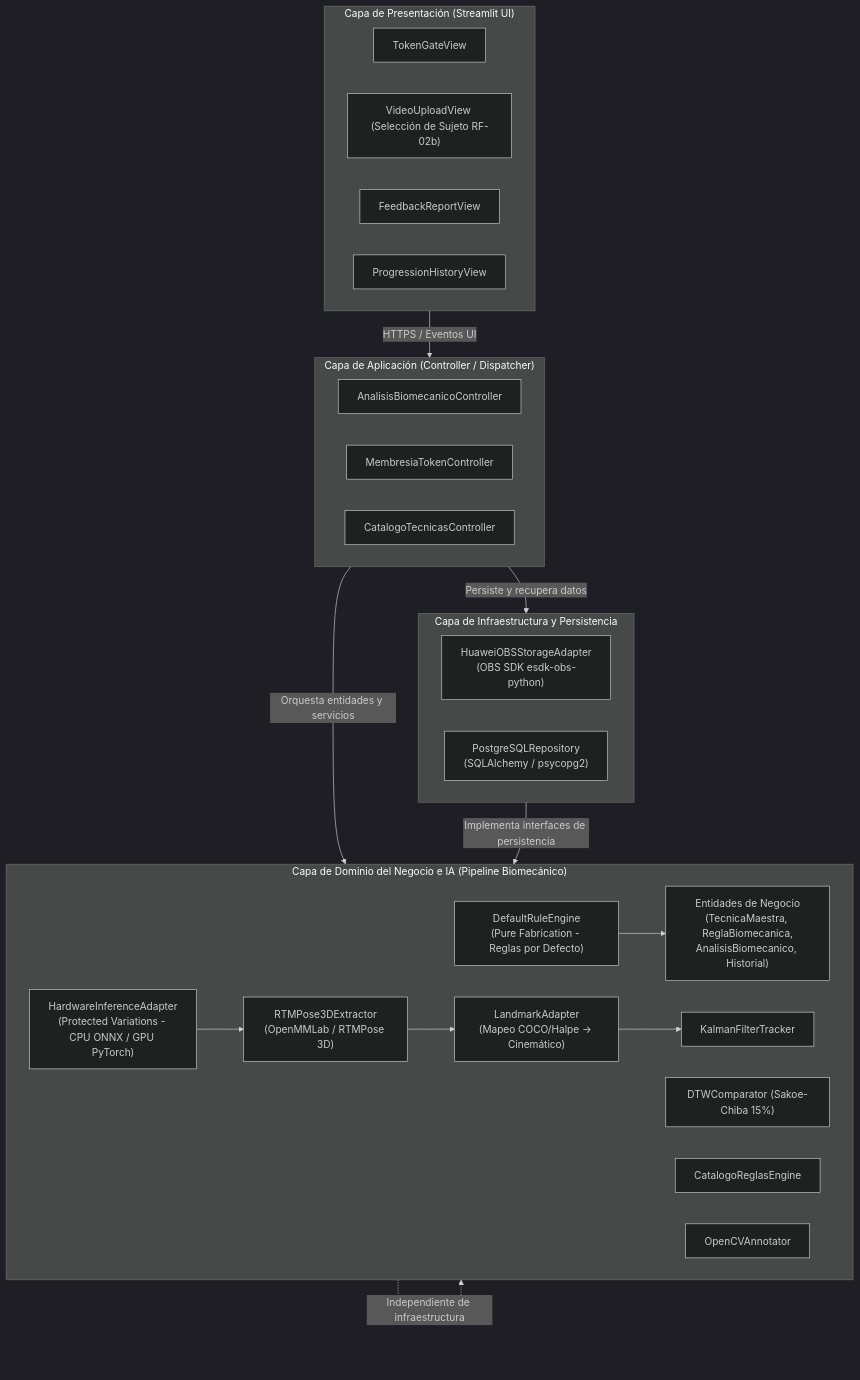
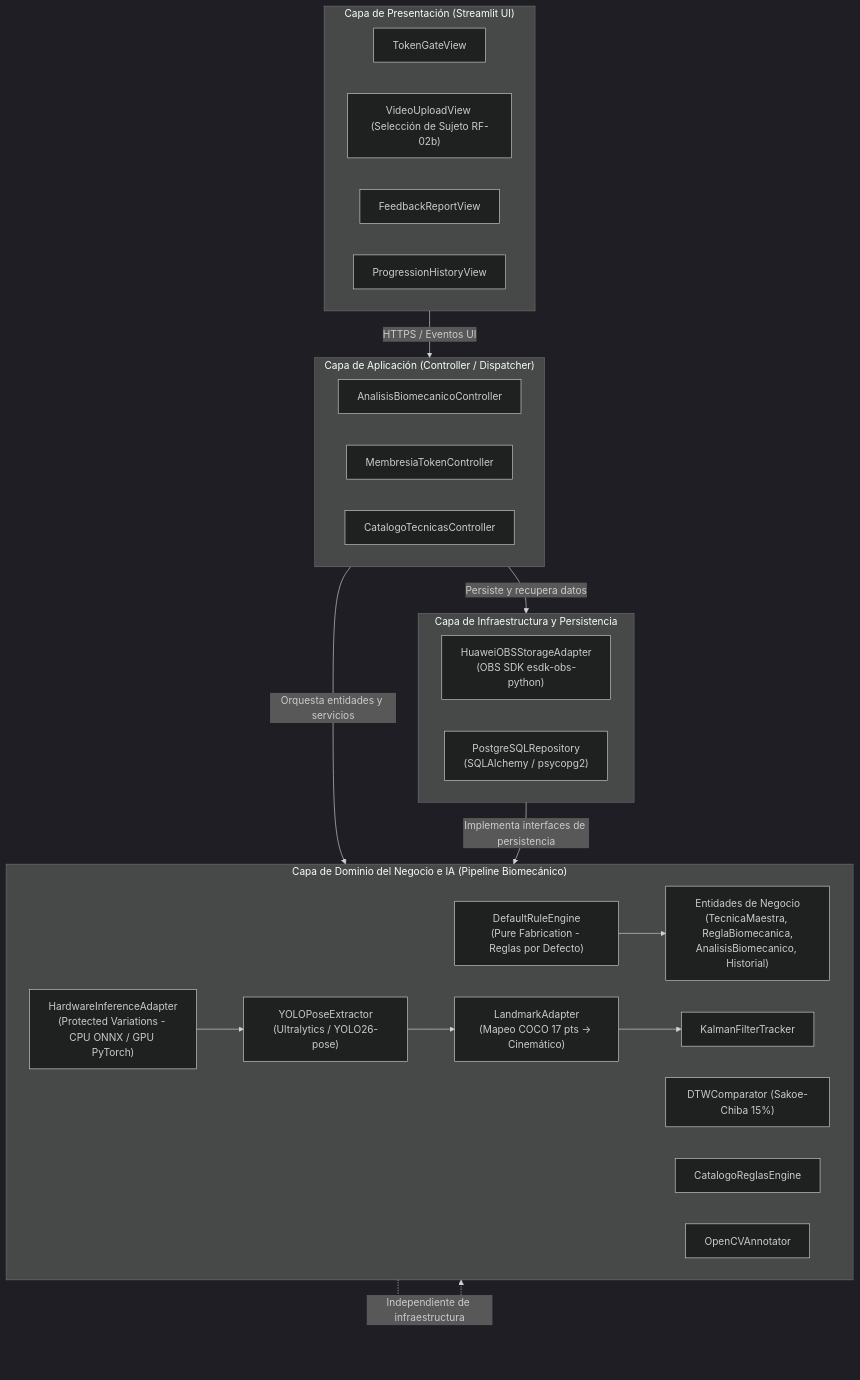
The fourth of 10 diagrams in README.md (Tsmrain/JiuJitsu), drawn with Mermaid (dark theme) before and after one commit. The commit also changed other lines of this file and 57 other files, not shown here.

````diff
--- a/README.md
+++ b/README.md
@@ -876,42 +886,42 @@
 ```mermaid
 graph TD
     subgraph CapaPresentacion["Capa de Presentación (Streamlit UI)"]
         UI_Login["TokenGateView"]
         UI_Upload["VideoUploadView (Selección de Sujeto RF-02b)"]
         UI_Result["FeedbackReportView"]
         UI_History["ProgressionHistoryView"]
     end
 
     subgraph CapaAplicacion["Capa de Aplicación (Controller / Dispatcher)"]
         Ctrl_Analisis["AnalisisBiomecanicoController"]
         Ctrl_Auth["MembresiaTokenController"]
         Ctrl_Catalogo["CatalogoTecnicasController"]
     end
 
     subgraph CapaDominio["Capa de Dominio del Negocio e IA (Pipeline Biomecánico)"]
         Dom_Entities["Entidades de Negocio<br/>(TecnicaMaestra, ReglaBiomecanica,<br/>AnalisisBiomecanico, Historial)"]
         Dom_DefaultRules["DefaultRuleEngine<br/>(Pure Fabrication - Reglas por Defecto)"]
         Dom_Hardware["HardwareInferenceAdapter<br/>(Protected Variations - CPU ONNX / GPU PyTorch)"]
-        Dom_Pose["RTMPose3DExtractor<br/>(OpenMMLab / RTMPose 3D)"]
-        Dom_Adapter["LandmarkAdapter<br/>(Mapeo COCO/Halpe -> Cinemático)"]
+        Dom_Pose["YOLOPoseExtractor<br/>(Ultralytics / YOLO26-pose)"]
+        Dom_Adapter["LandmarkAdapter<br/>(Mapeo COCO 17 pts -> Cinemático)"]
         Dom_Kalman["KalmanFilterTracker"]
         Dom_DTW["DTWComparator (Sakoe-Chiba 15%)"]
         Dom_Rules["CatalogoReglasEngine"]
         Dom_OpenCV["OpenCVAnnotator"]
     end
 
     subgraph CapaInfraestructura["Capa de Infraestructura y Persistencia"]
         Infra_OBS["HuaweiOBSStorageAdapter<br/>(OBS SDK esdk-obs-python)"]
         Infra_DB["PostgreSQLRepository<br/>(SQLAlchemy / psycopg2)"]
     end
 
     CapaPresentacion -->|HTTPS / Eventos UI| CapaAplicacion
     CapaAplicacion -->|Orquesta entidades y servicios| CapaDominio
     CapaAplicacion -->|Persiste y recupera datos| CapaInfraestructura
     Dom_Hardware --> Dom_Pose
     Dom_Pose --> Dom_Adapter
     Dom_Adapter --> Dom_Kalman
     Dom_DefaultRules --> Dom_Entities
     CapaDominio -.->|Independiente de infraestructura| CapaDominio
     CapaInfraestructura -->|Implementa interfaces de persistencia| CapaDominio
 ```
````
